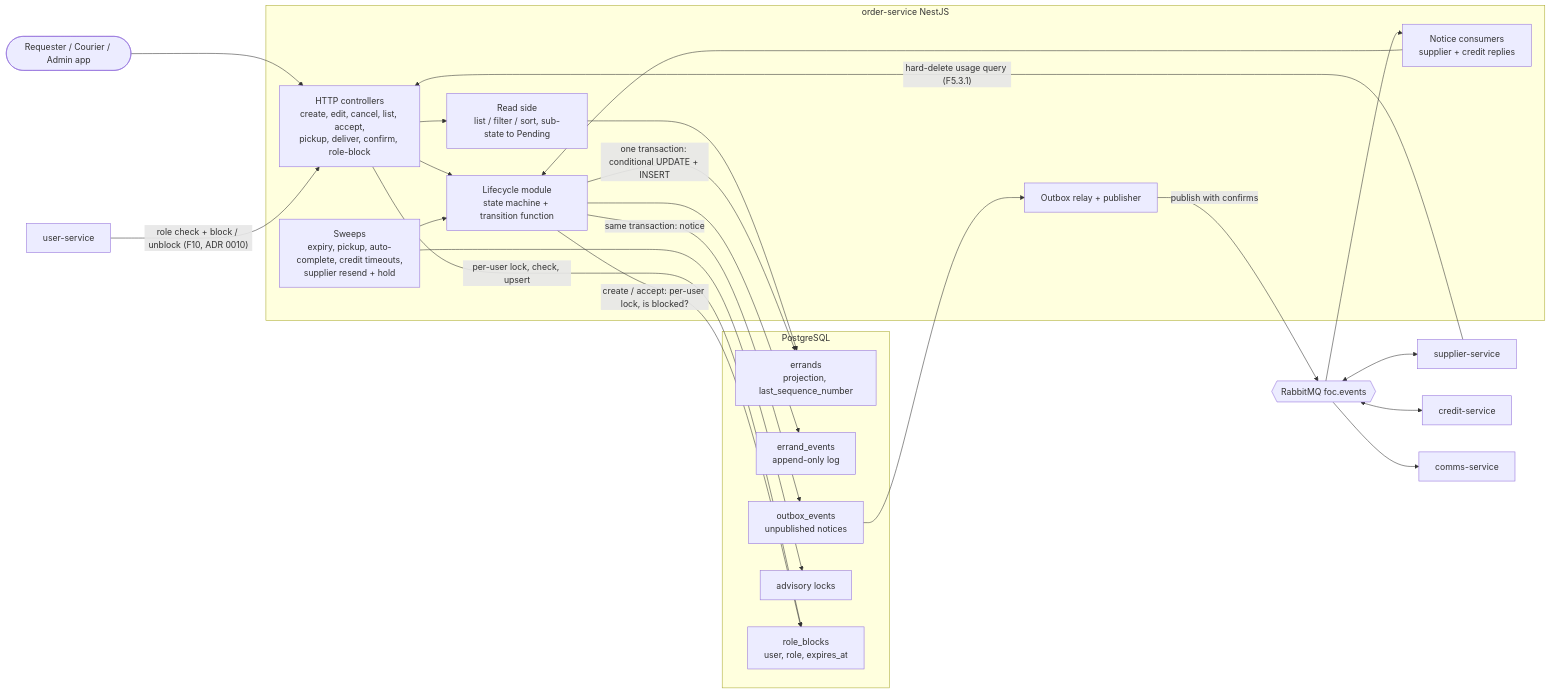
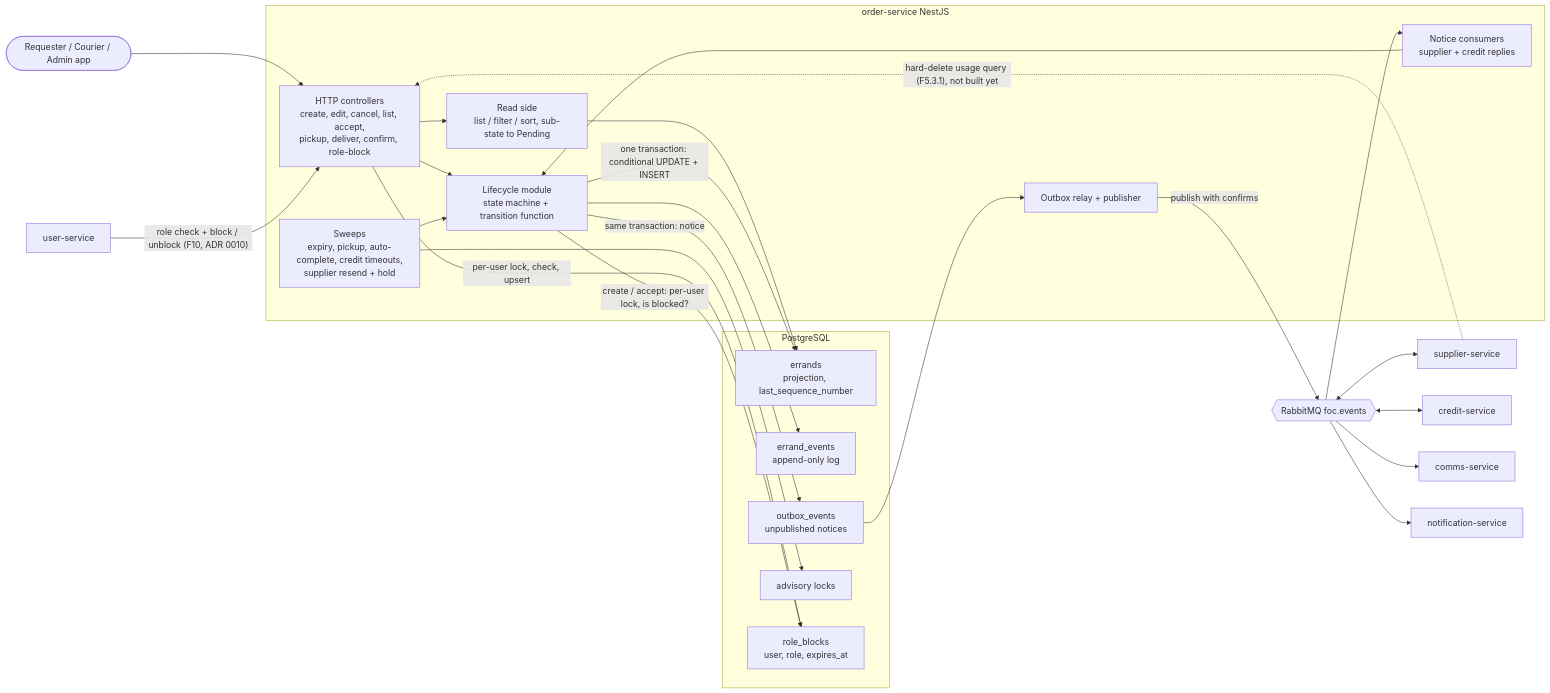
The first of 4 diagrams in order-service/ARCHITECTURE.md (AY2627S1-CS3219-P27/FoC), drawn with Mermaid before and after one commit. The commit also changed other lines of this file and 5 other files, not shown here.

````diff
--- a/order-service/ARCHITECTURE.md
+++ b/order-service/ARCHITECTURE.md
@@ -7,48 +7,50 @@
 ```mermaid
 flowchart LR
   Client([Requester / Courier / Admin app])
   User[user-service]
   Supplier[supplier-service]
   Credit[credit-service]
   Comms[comms-service]
+  Notify[notification-service]
 
   subgraph OS[order-service NestJS]
     API[HTTP controllers<br/>create, edit, cancel, list, accept,<br/>pickup, deliver, confirm, role-block]
     Life[Lifecycle module<br/>state machine + transition function]
     Read[Read side<br/>list / filter / sort, sub-state to Pending]
     Consumers[Notice consumers<br/>supplier + credit replies]
     Outbox[Outbox relay + publisher]
     Sweeps[Sweeps<br/>expiry, pickup, auto-complete, credit timeouts,<br/>supplier resend + hold]
   end
 
   subgraph PG[PostgreSQL]
     Errands[errands<br/>projection, last_sequence_number]
     Events[errand_events<br/>append-only log]
     OutboxT[outbox_events<br/>unpublished notices]
     Locks[advisory locks]
     Blocks[role_blocks<br/>user, role, expires_at]
   end
 
   MQ{{RabbitMQ foc.events}}
 
   Client --> API
   User -- "role check + block / unblock (F10, ADR 0010)" --> API
-  Supplier -- "hard-delete usage query (F5.3.1)" --> API
+  Supplier -. "hard-delete usage query (F5.3.1), not built yet" .-> API
   API --> Life
   API --> Read
   Read --> Errands
   API -->|"per-user lock, check, upsert"| Blocks
   Life -->|"create / accept: per-user lock, is blocked?"| Blocks
   Life -->|"one transaction: conditional UPDATE + INSERT"| Errands
   Life --> Events
   Sweeps --> Locks
   Sweeps --> Life
   Life -->|"same transaction: notice"| OutboxT
   OutboxT --> Outbox
   Outbox -->|"publish with confirms"| MQ
   MQ --> Consumers
   Consumers --> Life
   MQ <--> Supplier
   MQ <--> Credit
   MQ --> Comms
+  MQ --> Notify
 ```
````
